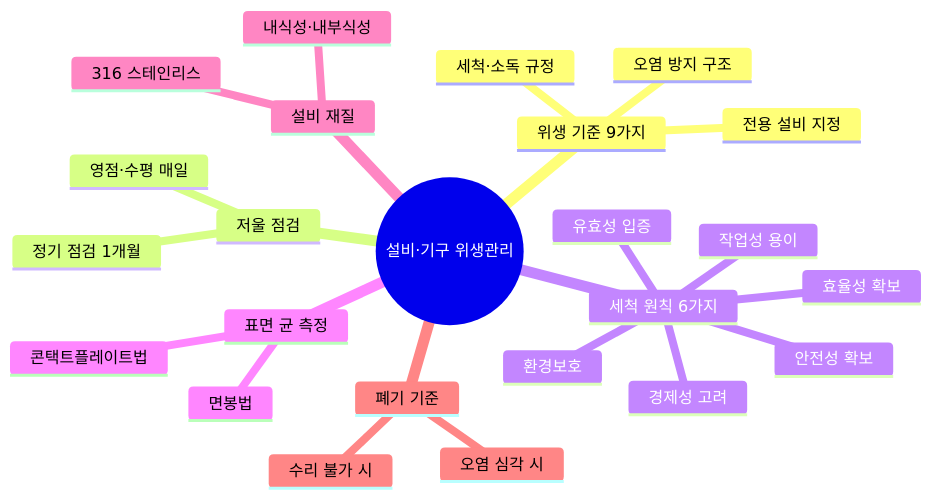
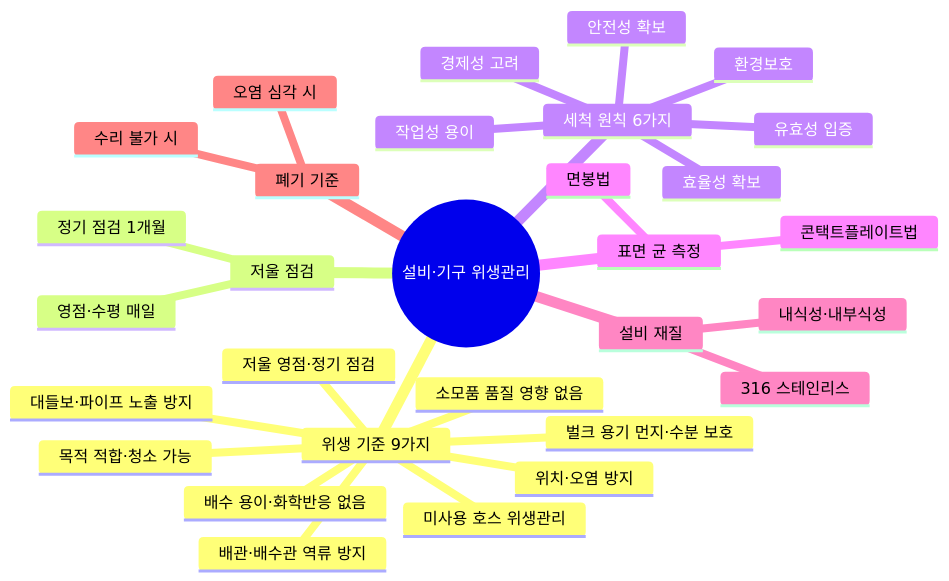
Before and after one commit to skygoldlee-cyber/Personalized_Skincare: diagram 12 of 19 in content/교재/safety/3과목_유통화장품안전관리_이야기형.md, drawn with Mermaid. The commit also changed other lines of this file and 9 other files, not shown here.

````diff
--- a/content/교재/safety/3과목_유통화장품안전관리_이야기형.md
+++ b/content/교재/safety/3과목_유통화장품안전관리_이야기형.md
@@ -1772,27 +1772,33 @@
 ```mermaid
 mindmap
  root((설비·기구 위생관리))
   위생 기준 9가지
-   세척·소독 규정
-   오염 방지 구조
-   전용 설비 지정
+   목적 적합·청소 가능
+   미사용 호스 위생관리
+   배수 용이·화학반응 없음
+   위치·오염 방지
+   벌크 용기 먼지·수분 보호
+   배관·배수관 역류 방지
+   대들보·파이프 노출 방지
+   소모품 품질 영향 없음
+   저울 영점·정기 점검
   저울 점검
    영점·수평 매일
    정기 점검 1개월
   세척 원칙 6가지
    유효성 입증
    효율성 확보
    경제성 고려
    안전성 확보
    환경보호
    작업성 용이
   표면 균 측정
    면봉법
    콘택트플레이트법
   설비 재질
    316 스테인리스
    내식성·내부식성
   폐기 기준
    수리 불가 시
    오염 심각 시
 ```
````
